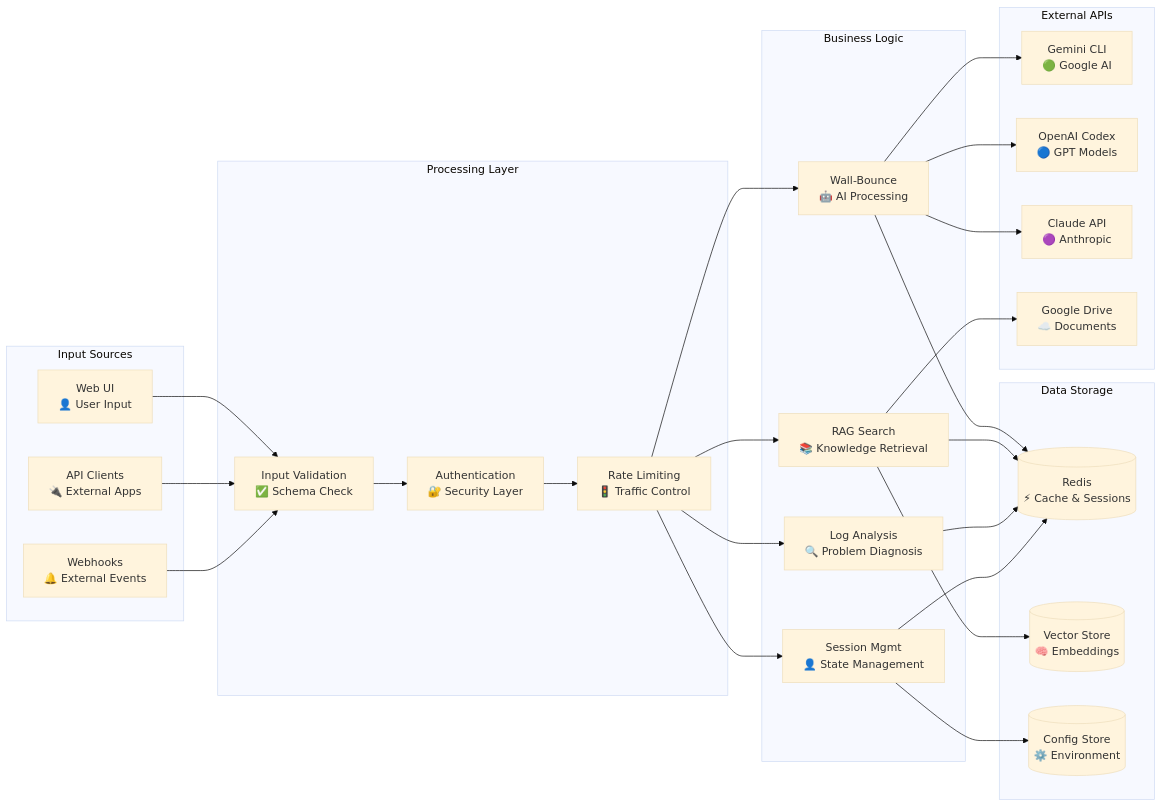
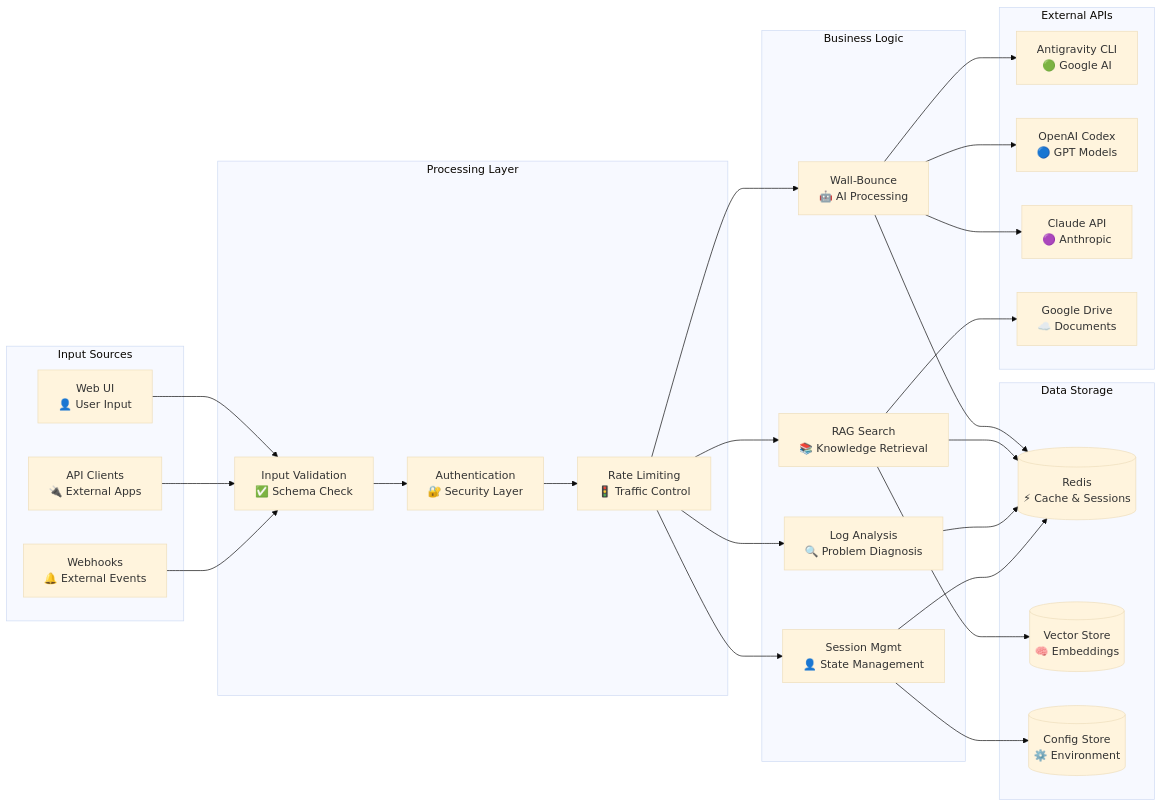
Before and after one commit to wombat2006/techdev: diagram 19 of 54 in docs/BASIC_DESIGN_DETAILED.md, drawn with Mermaid (base theme). The commit also changed other lines of this file and 19 other files, not shown here.

First line of the commit message:
docs: Gemini CLI 表記を Antigravity CLI（agy）へ移行

````diff
--- a/docs/BASIC_DESIGN_DETAILED.md
+++ b/docs/BASIC_DESIGN_DETAILED.md
@@ -711,59 +711,59 @@
 ```mermaid
 flowchart LR
     subgraph "Input Sources"
         UI[Web UI<br/>👤 User Input]
         API[API Clients<br/>🔌 External Apps]
         WH[Webhooks<br/>🔔 External Events]
     end
     
     subgraph "Processing Layer"
         VAL[Input Validation<br/>✅ Schema Check]
         AUTH[Authentication<br/>🔐 Security Layer]
         RATE[Rate Limiting<br/>🚦 Traffic Control]
     end
     
     subgraph "Business Logic"
         WB[Wall-Bounce<br/>🤖 AI Processing]
         RAG[RAG Search<br/>📚 Knowledge Retrieval] 
         LOG[Log Analysis<br/>🔍 Problem Diagnosis]
         SESS[Session Mgmt<br/>👤 State Management]
     end
     
     subgraph "Data Storage"
         REDIS[(Redis<br/>⚡ Cache & Sessions)]
         VECTOR[(Vector Store<br/>🧠 Embeddings)]
         CONFIG[(Config Store<br/>⚙️ Environment)]
     end
     
     subgraph "External APIs"
-        GEMINI[Gemini CLI<br/>🟢 Google AI]
+        GEMINI[Antigravity CLI<br/>🟢 Google AI]
         OPENAI[OpenAI Codex<br/>🔵 GPT Models]
         CLAUDE[Claude API<br/>🟣 Anthropic]
         DRIVE[Google Drive<br/>☁️ Documents]
     end
     
     UI --> VAL
     API --> VAL
     WH --> VAL
     
     VAL --> AUTH
     AUTH --> RATE
     
     RATE --> WB
     RATE --> RAG
     RATE --> LOG
     RATE --> SESS
     
     WB --> REDIS
     RAG --> REDIS
     LOG --> REDIS
     SESS --> REDIS
     
     RAG --> VECTOR
     SESS --> CONFIG
     
     WB --> GEMINI
     WB --> OPENAI
     WB --> CLAUDE
     RAG --> DRIVE
 ```
````
